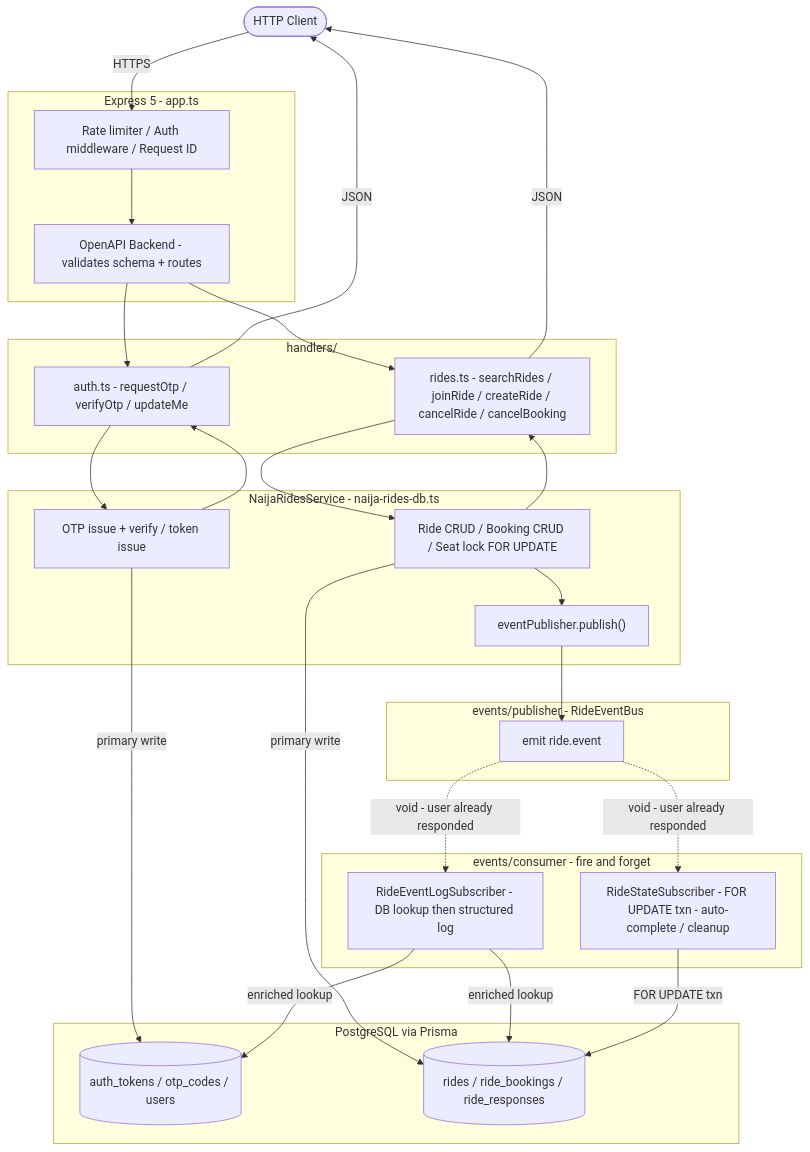
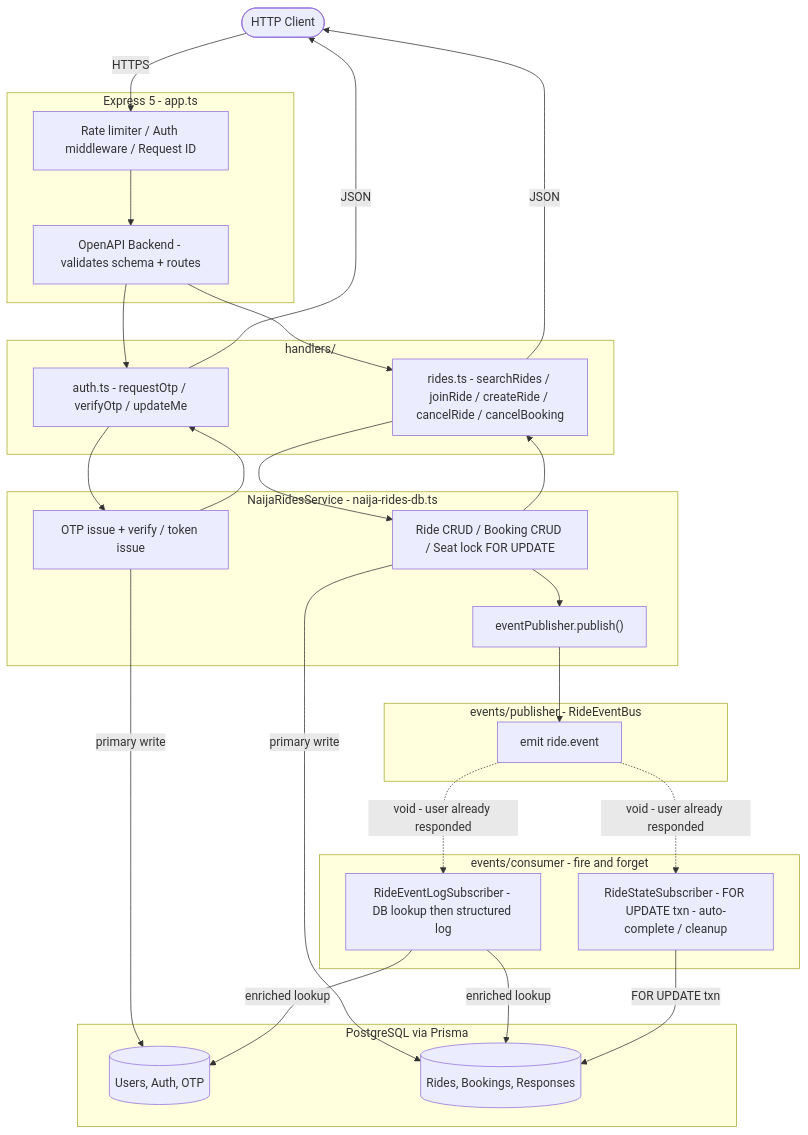
The first of 3 diagrams in apps/api/README.md (bethechange-tech/naija-rides), drawn with Mermaid before and after one commit.

Commit message:
fix: remove slashes from Mermaid cylinder node labels

````diff
--- a/apps/api/README.md
+++ b/apps/api/README.md
@@ -28,54 +28,54 @@
 ```mermaid
 flowchart TD
     Client([HTTP Client])
 
     subgraph Express["Express 5 - app.ts"]
         MW["Rate limiter / Auth middleware / Request ID"]
         OAB["OpenAPI Backend - validates schema + routes"]
     end
 
     subgraph Handlers["handlers/"]
         H_AUTH["auth.ts - requestOtp / verifyOtp / updateMe"]
         H_RIDES["rides.ts - searchRides / joinRide / createRide / cancelRide / cancelBooking"]
     end
 
     subgraph Service["NaijaRidesService - naija-rides-db.ts"]
         S_AUTH["OTP issue + verify / token issue"]
         S_RIDES["Ride CRUD / Booking CRUD / Seat lock FOR UPDATE"]
         S_PUB["eventPublisher.publish()"]
     end
 
     subgraph DB["PostgreSQL via Prisma"]
-        T[(auth_tokens / otp_codes / users)]
-        R[(rides / ride_bookings / ride_responses)]
+        T[(Users, Auth, OTP)]
+        R[(Rides, Bookings, Responses)]
     end
 
     subgraph Bus["events/publisher - RideEventBus"]
         EMIT["emit ride.event"]
     end
 
     subgraph Consumer["events/consumer - fire and forget"]
         LOG["RideEventLogSubscriber - DB lookup then structured log"]
         STATE["RideStateSubscriber - FOR UPDATE txn - auto-complete / cleanup"]
     end
 
     Client -->|HTTPS| MW
     MW --> OAB
     OAB --> H_AUTH
     OAB --> H_RIDES
     H_AUTH --> S_AUTH
     H_RIDES --> S_RIDES
     S_AUTH -->|primary write| T
     S_RIDES -->|primary write| R
     S_RIDES --> S_PUB
     S_PUB --> EMIT
     EMIT -.->|void - user already responded| LOG
     EMIT -.->|void - user already responded| STATE
     LOG -->|enriched lookup| R
     LOG -->|enriched lookup| T
     STATE -->|FOR UPDATE txn| R
     S_AUTH --> H_AUTH
     S_RIDES --> H_RIDES
     H_AUTH -->|JSON| Client
     H_RIDES -->|JSON| Client
 ```
````
